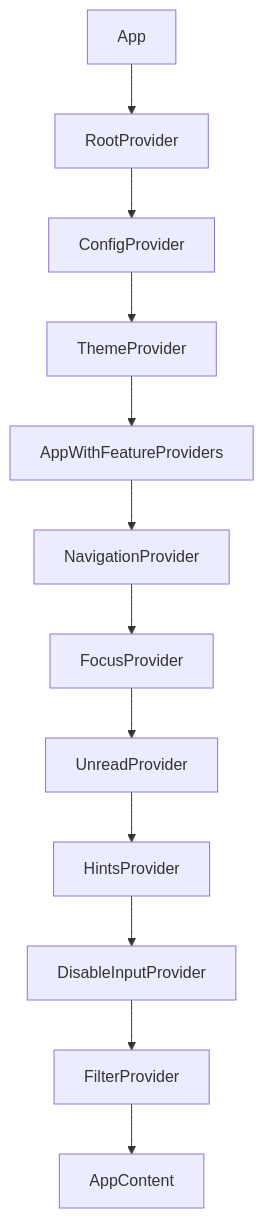
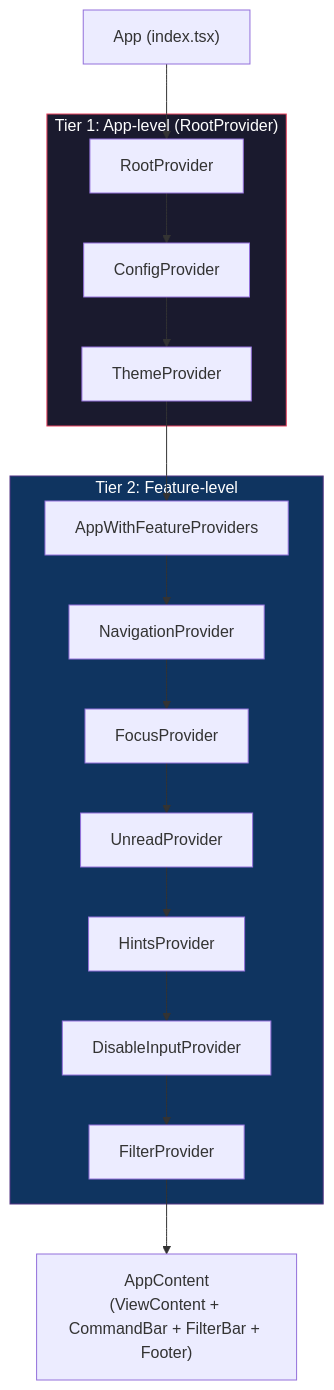
The second of 7 diagrams in docs/architecture/tui.md (gh-curious-otter/bc), drawn with Mermaid before and after one commit. The commit also changed other lines of this file, not shown here.

````diff
--- a/docs/architecture/tui.md
+++ b/docs/architecture/tui.md
@@ -23,14 +79,26 @@
 ```mermaid
 graph TD
-    App["App"] --> RP["RootProvider"]
-    RP --> CP["ConfigProvider"]
-    CP --> TP["ThemeProvider"]
+    App["App (index.tsx)"]
+    App --> RP["RootProvider"]
+
+    subgraph Tier1["Tier 1: App-level (RootProvider)"]
+        RP --> CP["ConfigProvider"]
+        CP --> TP["ThemeProvider"]
+    end
+
     TP --> AFP["AppWithFeatureProviders"]
-    AFP --> NP["NavigationProvider"]
-    NP --> FP["FocusProvider"]
-    FP --> UP["UnreadProvider"]
-    UP --> HP["HintsProvider"]
-    HP --> DIP["DisableInputProvider"]
-    DIP --> FltP["FilterProvider"]
-    FltP --> AC["AppContent"]
+
+    subgraph Tier2["Tier 2: Feature-level"]
+        AFP --> NP["NavigationProvider"]
+        NP --> FP["FocusProvider"]
+        FP --> UP["UnreadProvider"]
+        UP --> HP["HintsProvider"]
+        HP --> DIP["DisableInputProvider"]
+        DIP --> FltP["FilterProvider"]
+    end
+
+    FltP --> AC["AppContent\n(ViewContent + CommandBar + FilterBar + Footer)"]
+
+    style Tier1 fill:#1a1a2e,stroke:#e94560,color:#fff
+    style Tier2 fill:#0f3460,stroke:#533483,color:#fff
 ```
````
